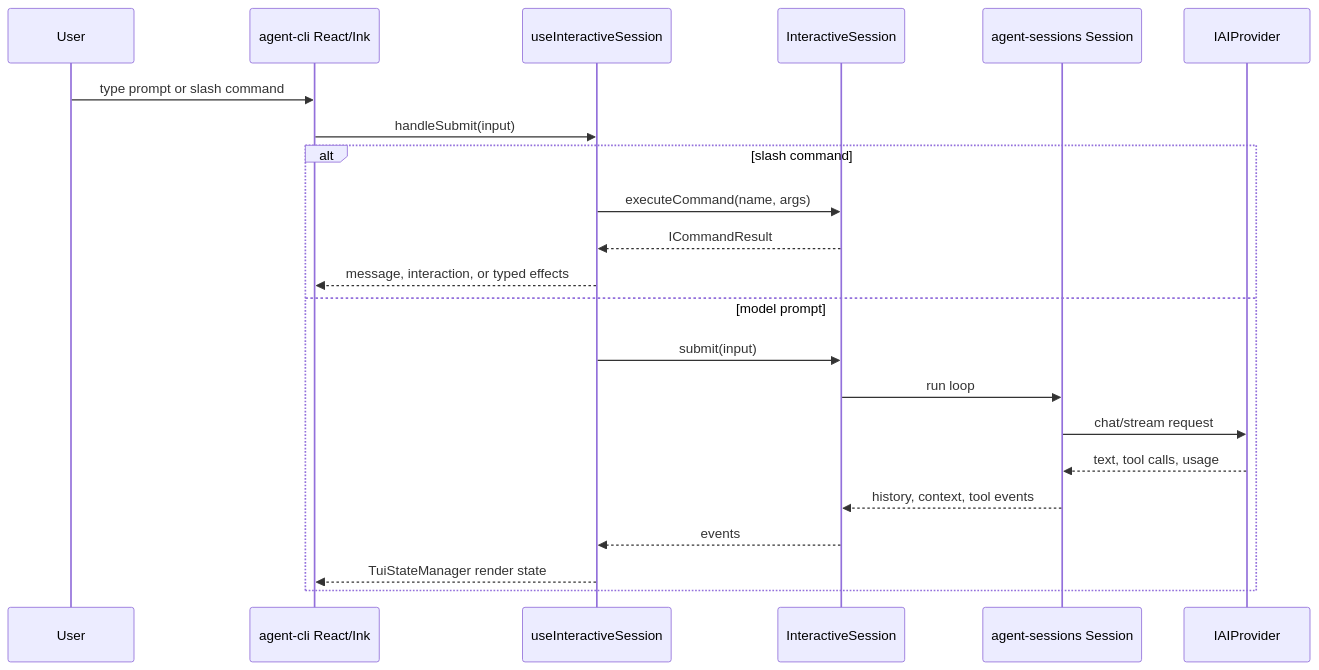
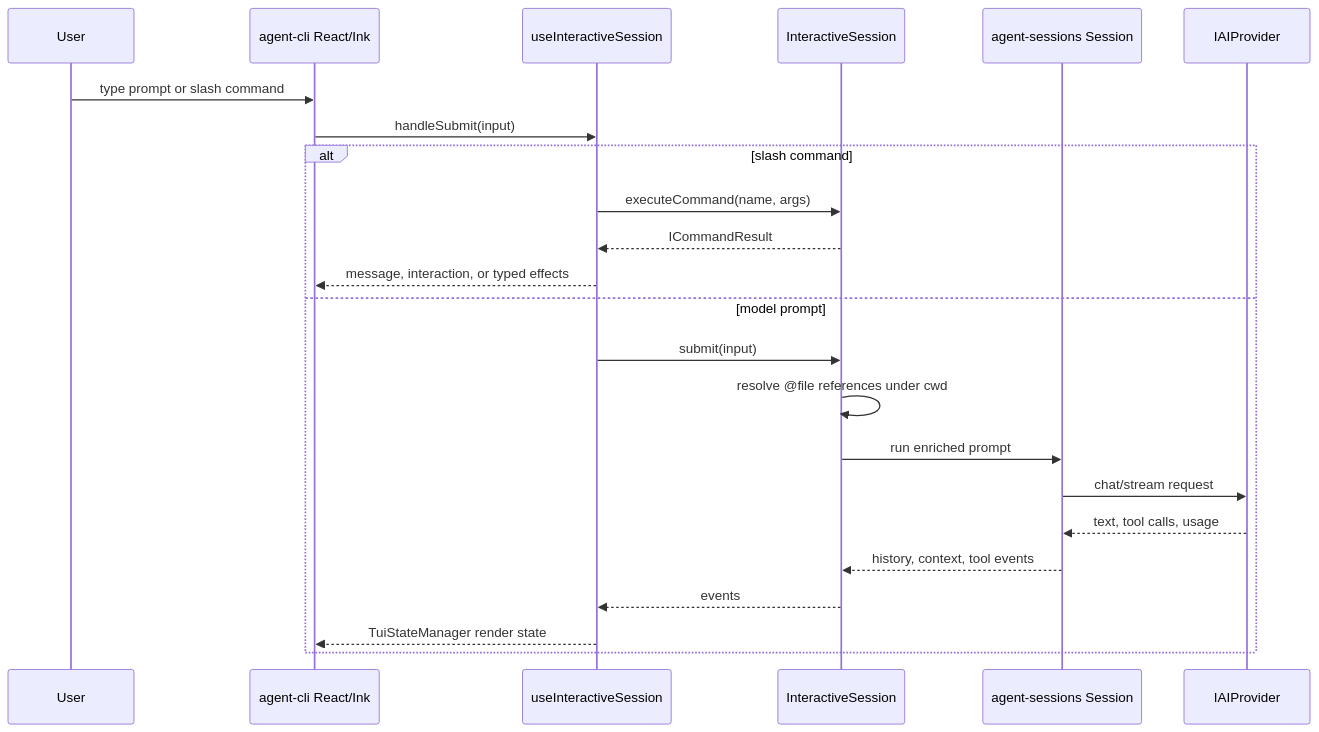
One commit to woojubb/robota changed the fourth of 5 diagrams in packages/agent-cli/docs/ARCHITECTURE-MAP.md. Above: the diagram before and after it, drawn with Mermaid. The commit also changed other lines of this file and 21 other files, not shown here.

Commit message:
feat(sdk): add prompt file references (#212)

````diff
--- a/packages/agent-cli/docs/ARCHITECTURE-MAP.md
+++ b/packages/agent-cli/docs/ARCHITECTURE-MAP.md
@@ -295,25 +298,26 @@
 ```mermaid
 sequenceDiagram
   participant User
   participant TUI as agent-cli React/Ink
   participant Bridge as useInteractiveSession
   participant SDK as InteractiveSession
   participant Session as agent-sessions Session
   participant Provider as IAIProvider
 
   User->>TUI: type prompt or slash command
   TUI->>Bridge: handleSubmit(input)
   alt slash command
     Bridge->>SDK: executeCommand(name, args)
     SDK-->>Bridge: ICommandResult
     Bridge-->>TUI: message, interaction, or typed effects
   else model prompt
     Bridge->>SDK: submit(input)
-    SDK->>Session: run loop
+    SDK->>SDK: resolve @file references under cwd
+    SDK->>Session: run enriched prompt
     Session->>Provider: chat/stream request
     Provider-->>Session: text, tool calls, usage
     Session-->>SDK: history, context, tool events
     SDK-->>Bridge: events
     Bridge-->>TUI: TuiStateManager render state
   end
 ```
````
